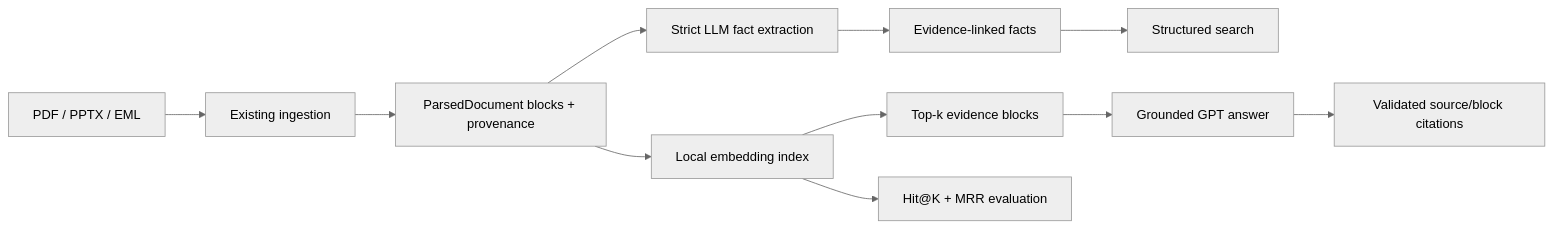
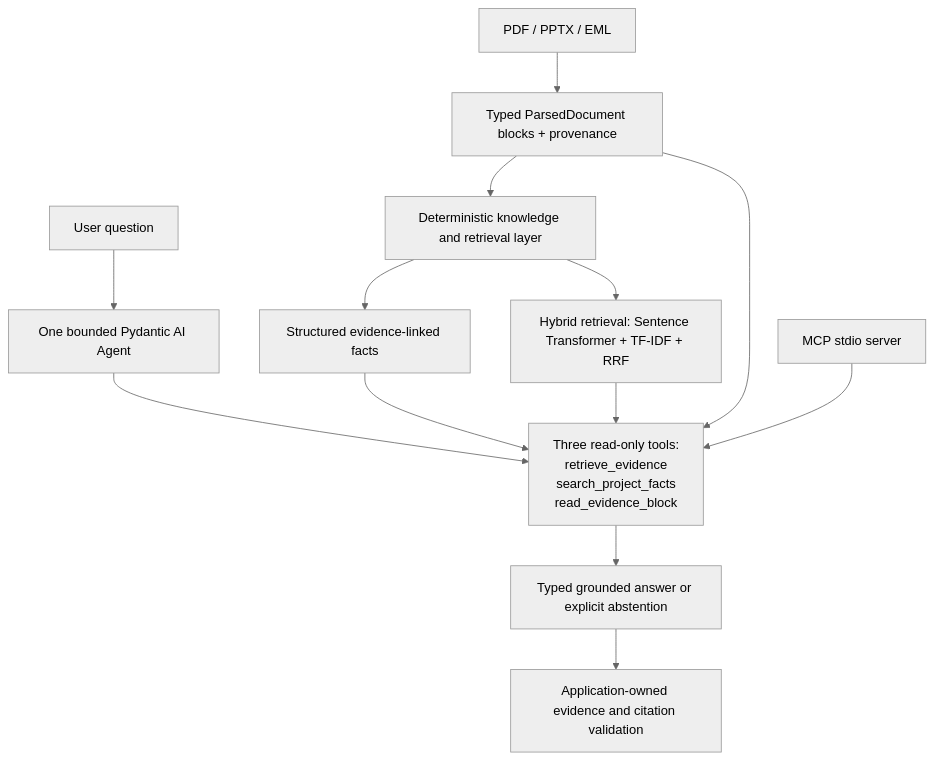
Before and after one commit to KangLi5685752/LLM-document-intelligence-pipeline: the diagram in README.md, drawn with Mermaid (neutral theme). The commit also changed other lines of this file and 1 other file, not shown here.

Commit message:
docs: finalize agentic portfolio evidence

````diff
--- a/README.md
+++ b/README.md
@@ -18,13 +16,17 @@
 ```mermaid
-flowchart LR
-    A["PDF / PPTX / EML"] --> B["Existing ingestion"]
-    B --> C["ParsedDocument blocks + provenance"]
-    C --> D["Strict LLM fact extraction"]
-    D --> E["Evidence-linked facts"]
-    E --> F["Structured search"]
-    C --> G["Local embedding index"]
-    G --> H["Top-k evidence blocks"]
-    H --> I["Grounded GPT answer"]
-    I --> J["Validated source/block citations"]
-    G --> K["Hit@K + MRR evaluation"]
+flowchart TD
+    A["PDF / PPTX / EML"] --> B["Typed ParsedDocument blocks + provenance"]
+    B --> C["Deterministic knowledge and retrieval layer"]
+    C --> D["Structured evidence-linked facts"]
+    C --> E["Hybrid retrieval: Sentence Transformer + TF-IDF + RRF"]
+
+    Q["User question"] --> F["One bounded Pydantic AI Agent"]
+    F --> G["Three read-only tools:<br/>retrieve_evidence<br/>search_project_facts<br/>read_evidence_block"]
+    D --> G
+    E --> G
+    B --> G
+    G --> H["Typed grounded answer or explicit abstention"]
+    H --> I["Application-owned evidence and citation validation"]
+
+    M["MCP stdio server"] --> G
 ```
````
